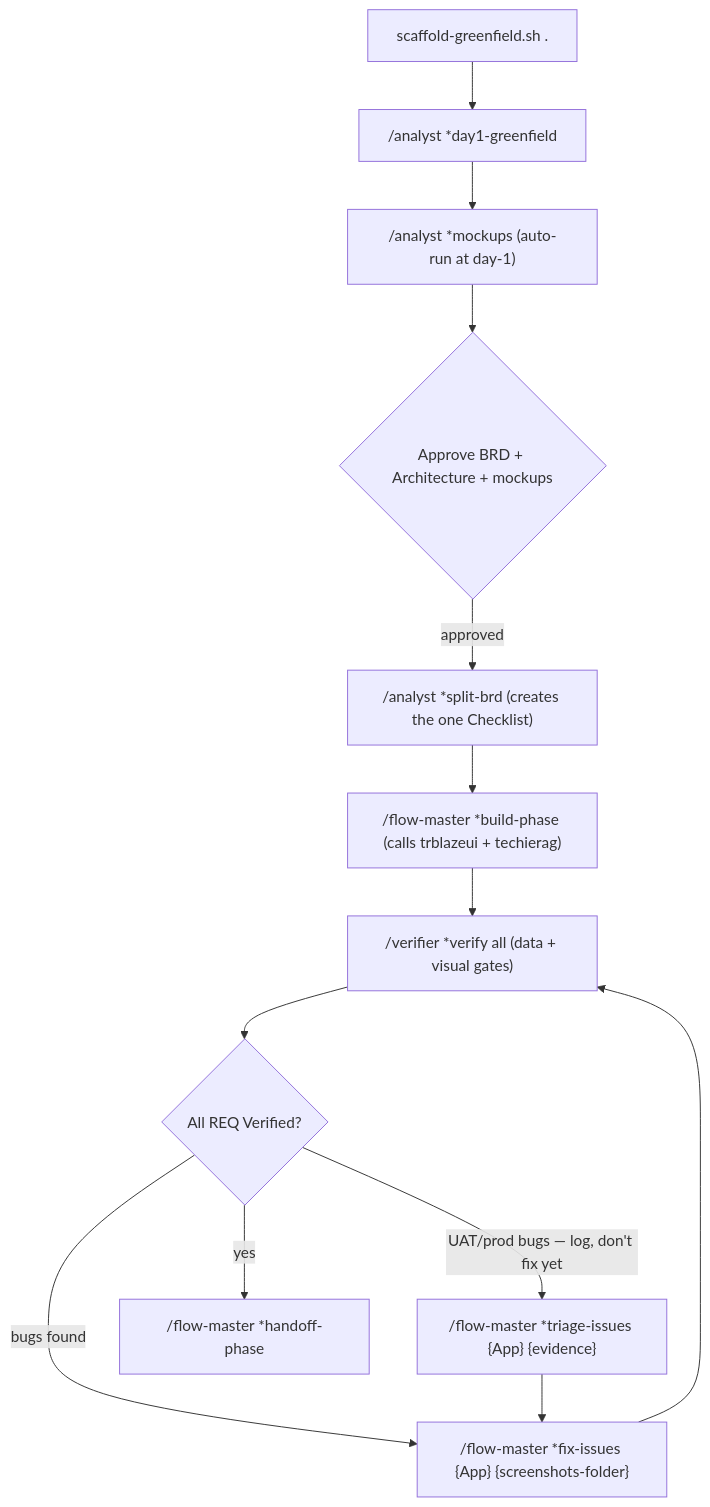
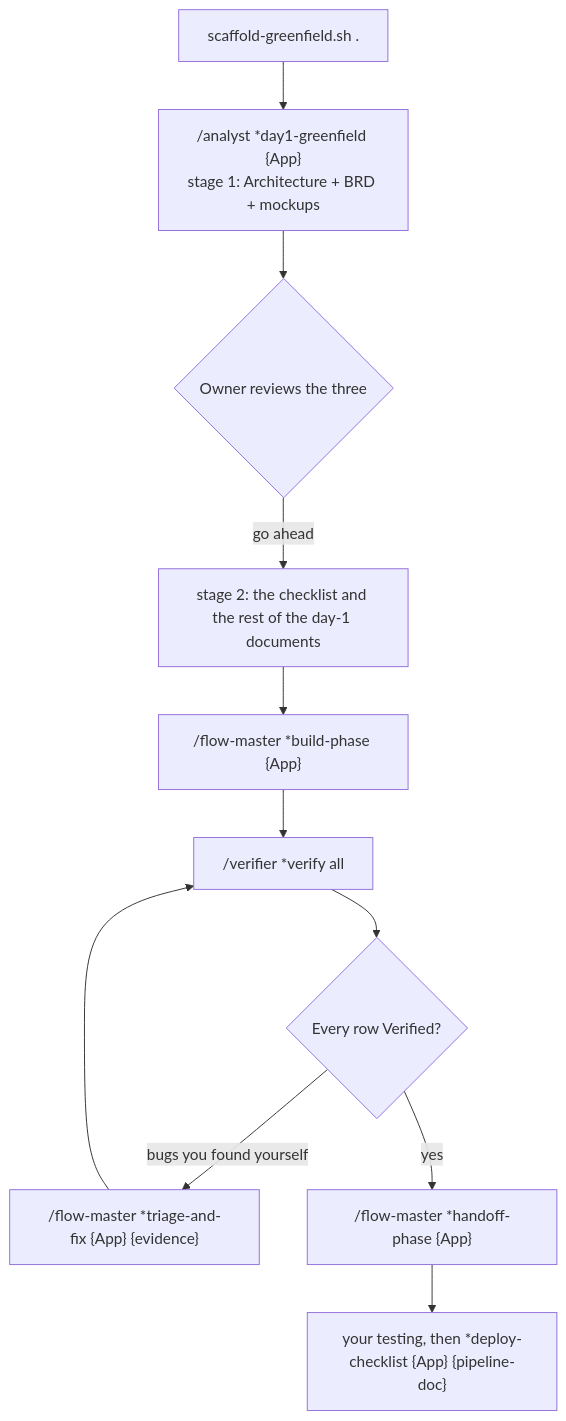
Before and after one commit to techierathore/TechieFlow: the diagram in README.md, drawn with Mermaid. The commit also changed other lines of this file and 204 other files, not shown here.

````diff
--- a/README.md
+++ b/README.md
@@ -19,15 +69,13 @@
 ```mermaid
 flowchart TD
-  A["scaffold-greenfield.sh ."] --> B["/analyst *day1-greenfield"]
-  B --> M["/analyst *mockups (auto-run at day-1)"]
-  M --> C{"Approve BRD + Architecture + mockups"}
-  C -->|"approved"| D["/analyst *split-brd (creates the one Checklist)"]
-  D --> E["/flow-master *build-phase (calls trblazeui + techierag)"]
-  E --> F["/verifier *verify all (data + visual gates)"]
-  F --> G{"All REQ Verified?"}
-  G -->|"bugs found"| X["/flow-master *fix-issues {App} {screenshots-folder}"]
+  A["scaffold-greenfield.sh ."] --> B["/analyst *day1-greenfield {App}<br/>stage 1: Architecture + BRD + mockups"]
+  B --> C{"Owner reviews the three"}
+  C -->|"go ahead"| D["stage 2: the checklist and the rest of the day-1 documents"]
+  D --> E["/flow-master *build-phase {App}"]
+  E --> F["/verifier *verify all"]
+  F --> G{"Every row Verified?"}
+  G -->|"bugs you found yourself"| X["/flow-master *triage-and-fix {App} {evidence}"]
   X --> F
-  G -->|"UAT/prod bugs — log, don't fix yet"| T["/flow-master *triage-issues {App} {evidence}"]
-  T --> X
-  G -->|"yes"| H["/flow-master *handoff-phase"]
+  G -->|"yes"| H["/flow-master *handoff-phase {App}"]
+  H --> I["your testing, then *deploy-checklist {App} {pipeline-doc}"]
 ```
````
